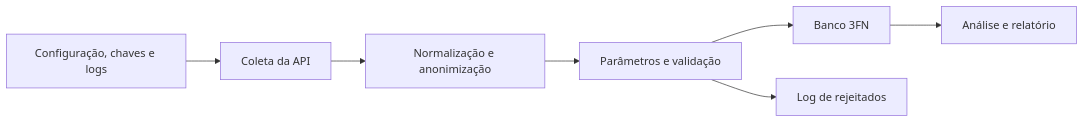
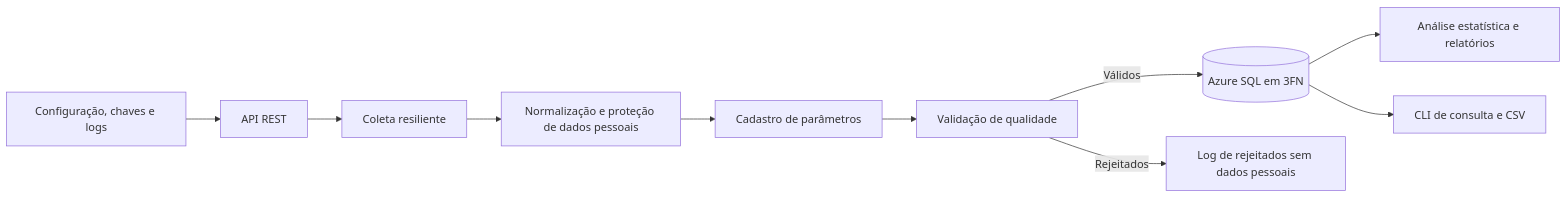
The first of 2 diagrams in README.md (campagsi/data-science-ia), drawn with Mermaid before and after one commit. The commit also changed other lines of this file and 12 other files, not shown here.

````diff
--- a/README.md
+++ b/README.md
@@ -11,9 +21,12 @@
 ```mermaid
 flowchart LR
-    A[Configuração, chaves e logs] --> B[Coleta da API]
-    B --> C[Normalização e anonimização]
-    C --> D[Parâmetros e validação]
-    D --> E[Banco 3FN]
-    D --> L[Log de rejeitados]
-    E --> G[Análise e relatório]
+    A[Configuração, chaves e logs] --> B[API REST]
+    B --> C[Coleta resiliente]
+    C --> D[Normalização e proteção de dados pessoais]
+    D --> E[Cadastro de parâmetros]
+    E --> F[Validação de qualidade]
+    F -->|Válidos| G[(Azure SQL em 3FN)]
+    F -->|Rejeitados| H[Log de rejeitados sem dados pessoais]
+    G --> I[Análise estatística e relatórios]
+    G --> J[CLI de consulta e CSV]
 ```
````
